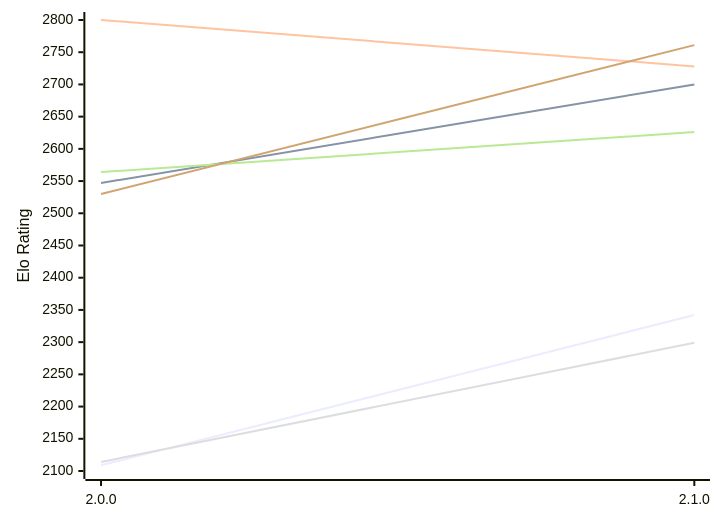
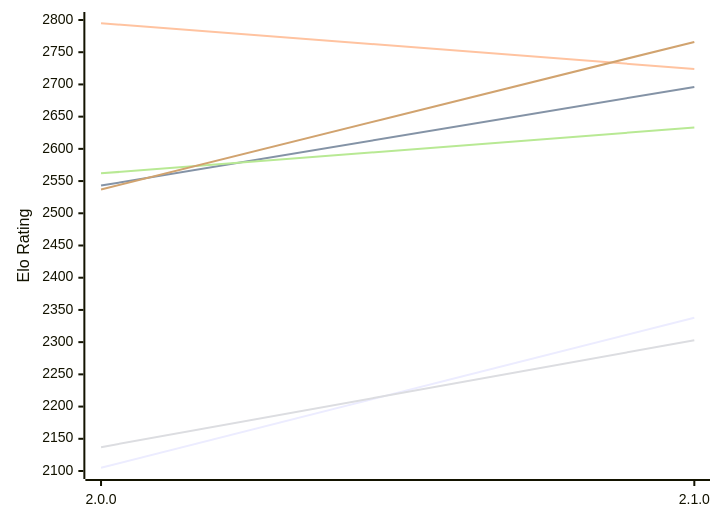
One commit to computer-chess-index/cci changed the first of 2 diagrams in engines/Ratsu.md. Above: the diagram before and after it, drawn with Mermaid. The commit also changed other lines of this file, not shown here.

Commit message:
Update CCI Ratings (ELO VLTC) - 2026-11-21

````diff
--- a/engines/Ratsu.md
+++ b/engines/Ratsu.md
@@ -54,12 +54,12 @@
 ```mermaid
 %%{init: {"theme":"base","themeVariables":{"seriesColors:['#a3a3a3','#222221','#faa371']}}}%%
 xychart-beta
   x-axis ["2.0.0", "2.1.0"]
   y-axis "Elo Rating" 2100 --> 2800
-  line "E1: STC (8.0+0.08s)" [2109, 2342]
-  line "E1: LTC (60.0+0.60s)" [2547, 2700]
-  line "E1: VLTC (2m24s+1.12s)" [2800, 2728]
-  line "P1: STC (8.0+0.08s)" [2114, 2299]
-  line "P1: LTC (60.0+0.60s)" [2564, 2626]
-  line "P1: VLTC (2m24s+1.12s)" [2530, 2761]
+  line "E1: STC (8.0+0.08s)" [2105, 2338]
+  line "E1: LTC (60.0+0.60s)" [2543, 2696]
+  line "E1: VLTC (2m24s+1.12s)" [2795, 2724]
+  line "P1: STC (8.0+0.08s)" [2137, 2303]
+  line "P1: LTC (60.0+0.60s)" [2562, 2633]
+  line "P1: VLTC (2m24s+1.12s)" [2537, 2766]
 ```
````
